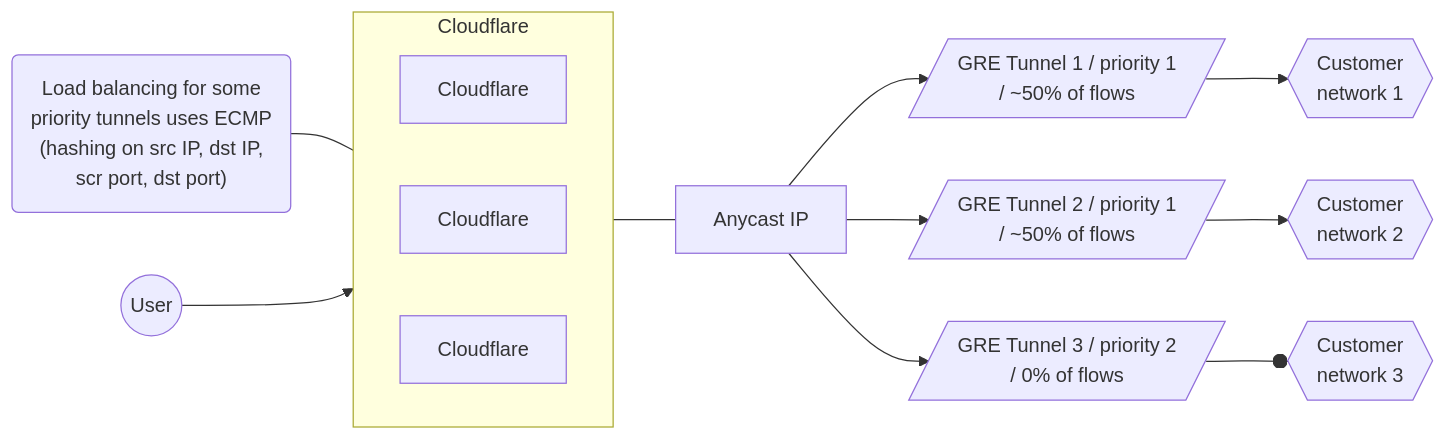
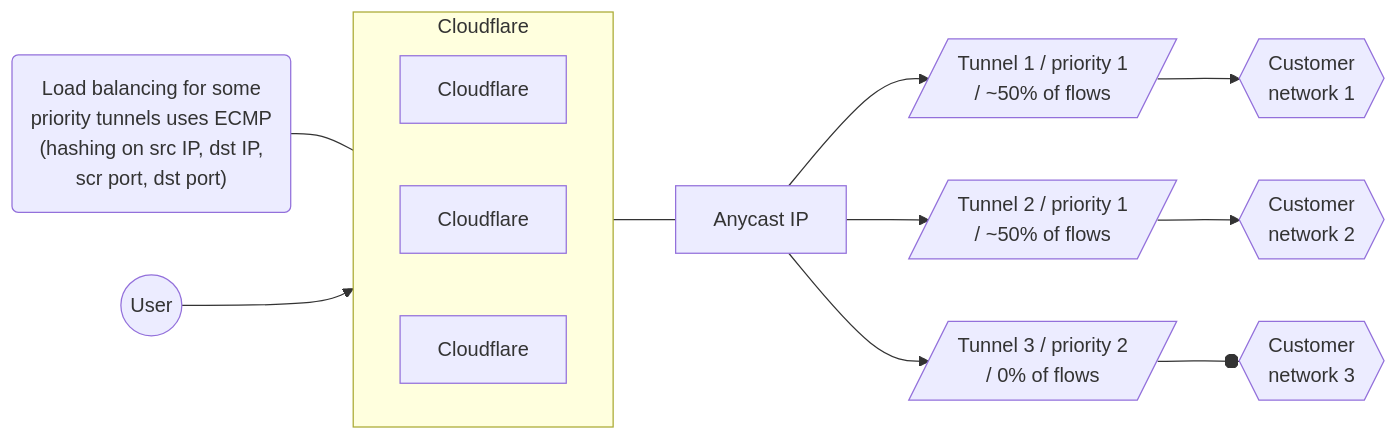
The second of 4 diagrams in content/magic-wan/reference/traffic-steering.md (rdhanarot/cloudflare-docs), drawn with Mermaid before and after one commit.

Commit message:
[MWAN] Removed GRE from tunnel (#8133)
* removed gre from tunnel

* Update content/magic-wan/reference/traffic-steering.md

---------

````diff
--- a/content/magic-wan/reference/traffic-steering.md
+++ b/content/magic-wan/reference/traffic-steering.md
@@ -65,18 +65,18 @@
 ```mermaid
 flowchart LR
 accTitle: Tunnels diagram
 accDescr: This example has three tunnel routes, with traffic equally distributed across two paths.
 
 subgraph Cloudflare
 direction LR
 B[Cloudflare]
 C[Cloudflare]
 D[Cloudflare]
 end
 
 Z("Load balancing for some <br> priority tunnels uses ECMP <br> (hashing on src IP, dst IP, <br> scr port, dst port)") --- Cloudflare
 A((User)) --> Cloudflare --- E[Anycast IP]
-E[Anycast IP] --> F[/"GRE Tunnel 1 / priority 1 <br> / ~50% of flows"/] --> I{{Customer <br> network 1}}
-E[Anycast IP] --> G[/"GRE Tunnel 2 / priority 1 <br> / ~50% of flows"/] --> J{{Customer <br> network 2}}
-E[Anycast IP] --> H[/GRE Tunnel 3 / priority 2 <br> / 0% of flows/] --o K{{Customer <br> network 3}}
+E[Anycast IP] --> F[/"Tunnel 1 / priority 1 <br> / ~50% of flows"/] --> I{{Customer <br> network 1}}
+E[Anycast IP] --> G[/"Tunnel 2 / priority 1 <br> / ~50% of flows"/] --> J{{Customer <br> network 2}}
+E[Anycast IP] --> H[/Tunnel 3 / priority 2 <br> / 0% of flows/] --o K{{Customer <br> network 3}}
 ```
````
